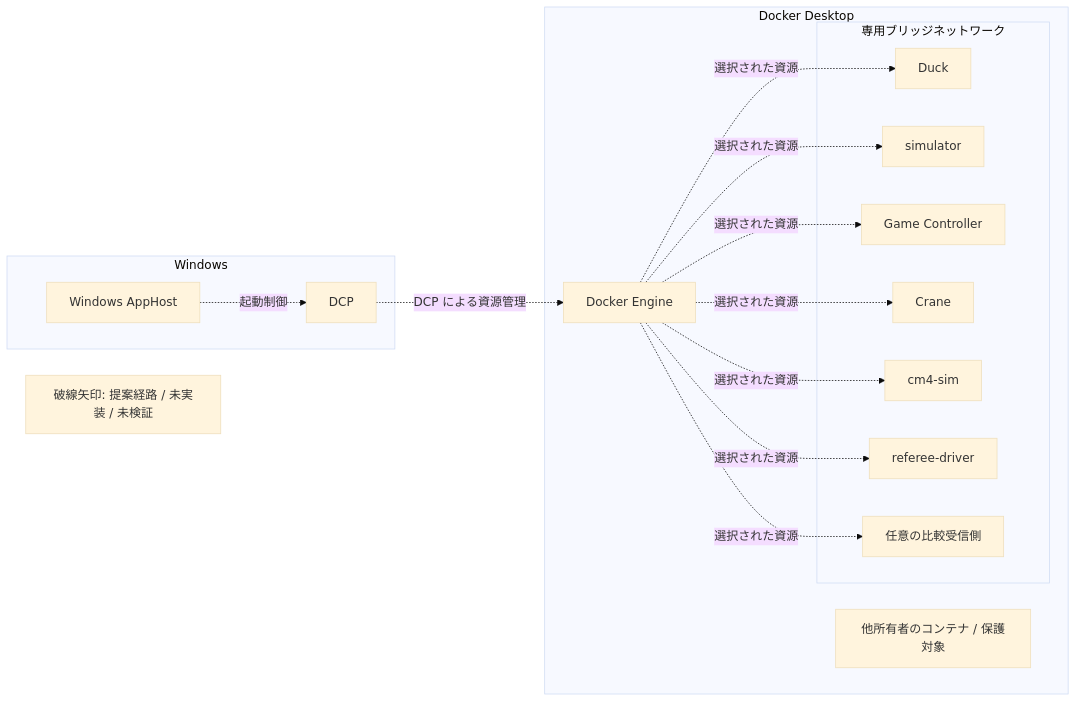
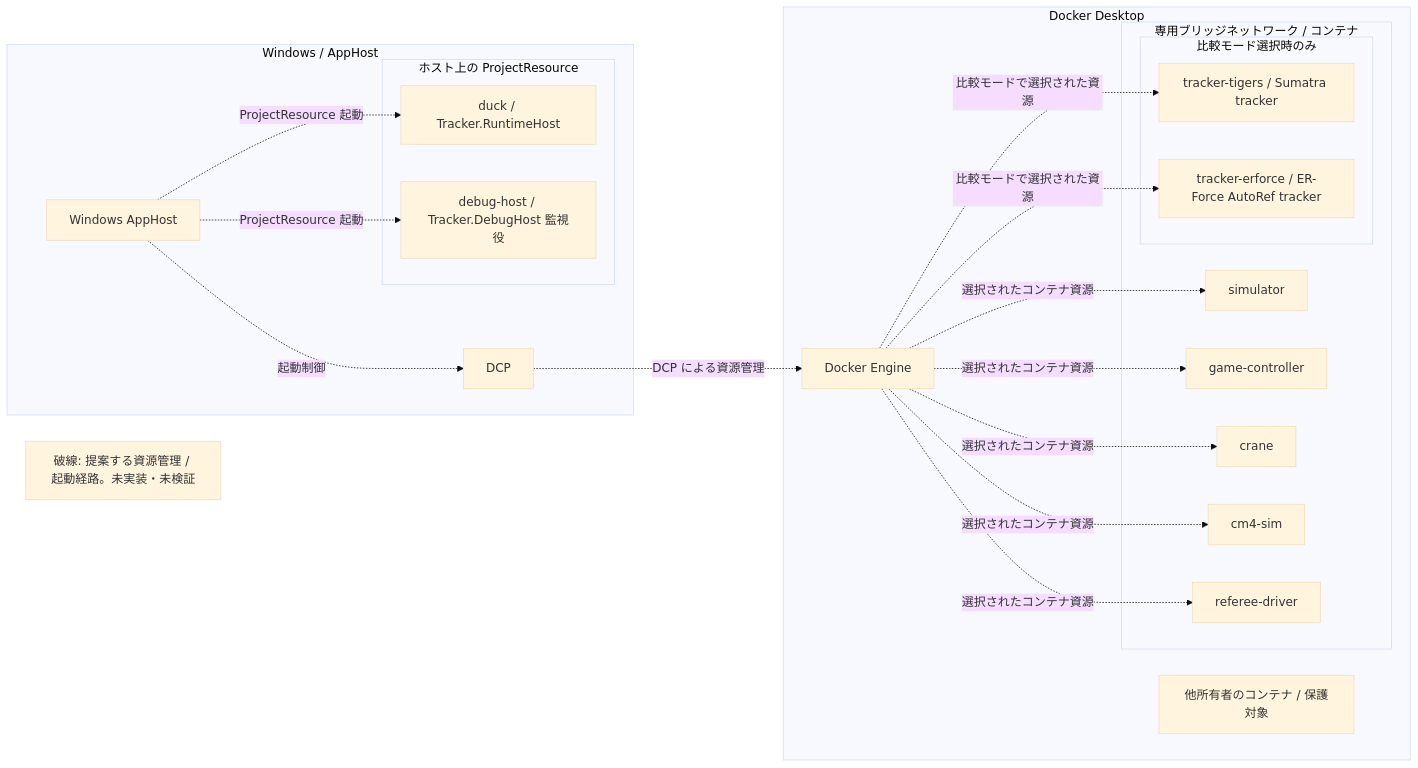
One commit to ibis-ssl/Duck changed the first of 3 diagrams in Tracker/Design/Testing/aspire-simulation-test-environment.md. Above: the diagram before and after it, drawn with Mermaid (base theme). The commit also changed other lines of this file, not shown here.

Commit message:
docs: clarify tracker comparison migration scope

````diff
--- a/Tracker/Design/Testing/aspire-simulation-test-environment.md
+++ b/Tracker/Design/Testing/aspire-simulation-test-environment.md
@@ -23,30 +35,38 @@
 ```mermaid
 flowchart LR
-  subgraph win[Windows]
-    app[Windows AppHost]
-    dcp[DCP]
-    app -. 起動制御 .-> dcp
+ subgraph win[Windows / AppHost]
+  app[Windows AppHost]
+  dcp[DCP]
+  subgraph projects[ホスト上の ProjectResource]
+   duck[duck / Tracker.RuntimeHost]
+   debug[debug-host / Tracker.DebugHost 監視役]
   end
-  subgraph desktop[Docker Desktop]
-    engine[Docker Engine]
-    subgraph bridge[専用ブリッジネットワーク]
-      duck[Duck]
-      sim[simulator]
-      gc[Game Controller]
-      crane[Crane]
-      cm4[cm4-sim]
-      ref[referee-driver]
-      compare[任意の比較受信側]
-    end
-    foreign[他所有者のコンテナ / 保護対象]
+  app -. 起動制御 .-> dcp
+  app -. ProjectResource 起動 .-> duck
+  app -. ProjectResource 起動 .-> debug
+ end
+ subgraph desktop[Docker Desktop]
+  engine[Docker Engine]
+  subgraph bridge[専用ブリッジネットワーク / コンテナ]
+   sim[simulator]
+   gc[game-controller]
+   crane[crane]
+   cm4[cm4-sim]
+   ref[referee-driver]
+   subgraph optional[比較モード選択時のみ]
+    tigers[tracker-tigers / Sumatra tracker]
+    erforce[tracker-erforce / ER-Force AutoRef tracker]
+   end
   end
-  dcp -. DCP による資源管理 .-> engine
-  engine -. 選択された資源 .-> duck
-  engine -. 選択された資源 .-> sim
-  engine -. 選択された資源 .-> gc
-  engine -. 選択された資源 .-> crane
-  engine -. 選択された資源 .-> cm4
-  engine -. 選択された資源 .-> ref
-  engine -. 選択された資源 .-> compare
-  legend[破線矢印: 提案経路 / 未実装 / 未検証]
+  foreign[他所有者のコンテナ / 保護対象]
+ end
+ dcp -. DCP による資源管理 .-> engine
+ engine -. 選択されたコンテナ資源 .-> sim
+ engine -. 選択されたコンテナ資源 .-> gc
+ engine -. 選択されたコンテナ資源 .-> crane
+ engine -. 選択されたコンテナ資源 .-> cm4
+ engine -. 選択されたコンテナ資源 .-> ref
+ engine -. 比較モードで選択された資源 .-> tigers
+ engine -. 比較モードで選択された資源 .-> erforce
+ legend[破線: 提案する資源管理 / 起動経路。未実装・未検証]
 ```
````
